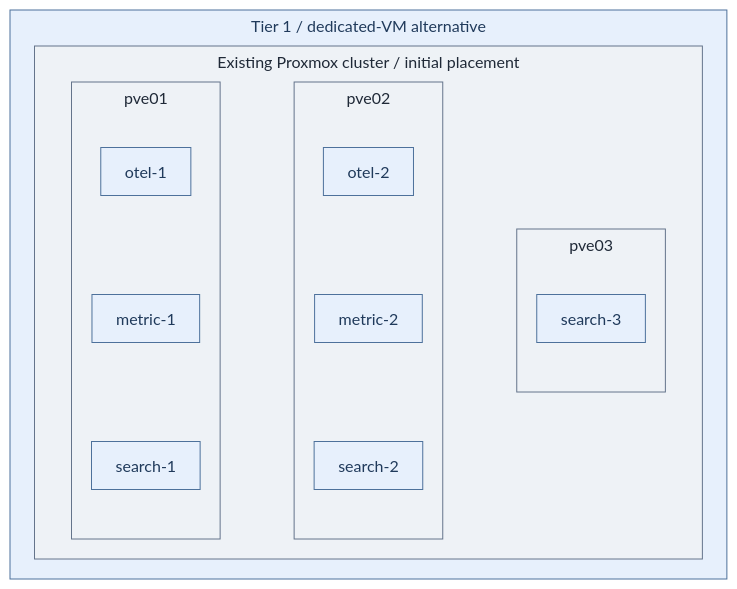
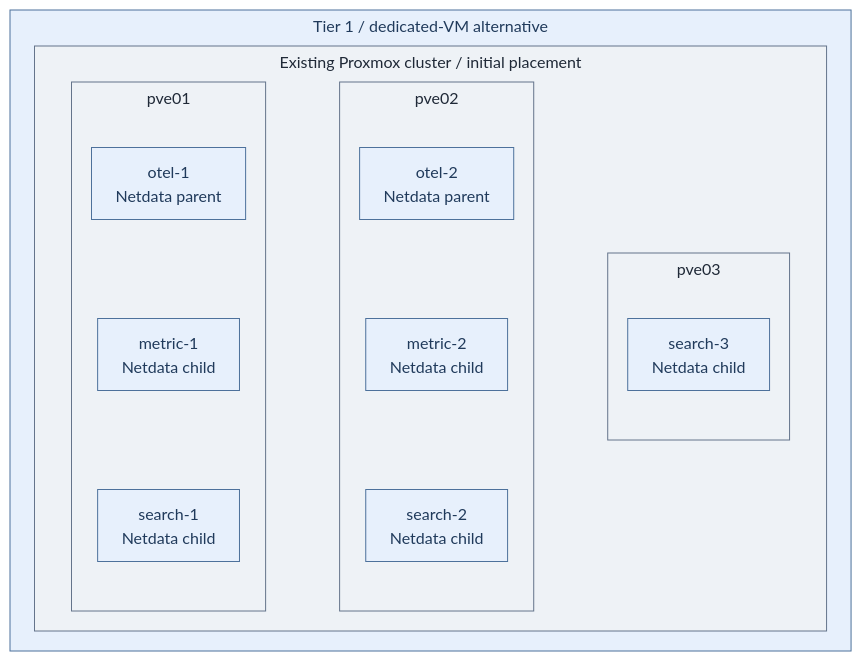
The diagram in docs/03-deployment/stage-8-observability/step-1b-dedicated-vms.md (Rexus/homelab), drawn with Mermaid before and after one commit. The commit also changed other lines of this file and 720 other files, not shown here.

````diff
--- a/docs/03-deployment/stage-8-observability/step-1b-dedicated-vms.md
+++ b/docs/03-deployment/stage-8-observability/step-1b-dedicated-vms.md
@@ -26,32 +34,32 @@
 ```mermaid
 %%{init: {"theme":"base","flowchart":{"nodeSpacing":20,"rankSpacing":24,"padding":12,"subGraphTitleMargin":{"top":4,"bottom":12}},"themeVariables":{"lineColor":"#627581","edgeLabelBackground":"#f8fafc"}}}%%
 flowchart TB
   subgraph T1["Tier 1 / dedicated-VM alternative"]
     subgraph PVE["Existing Proxmox cluster / initial placement"]
       direction LR
       subgraph A["pve01"]
         direction TB
-        O1["otel-1"]
-        M1["metric-1"]
-        S1["search-1"]
+        O1["otel-1<br/>Netdata parent"]
+        M1["metric-1<br/>Netdata child"]
+        S1["search-1<br/>Netdata child"]
         O1 ~~~ M1 ~~~ S1
       end
       subgraph B["pve02"]
         direction TB
-        O2["otel-2"]
-        M2["metric-2"]
-        S2["search-2"]
+        O2["otel-2<br/>Netdata parent"]
+        M2["metric-2<br/>Netdata child"]
+        S2["search-2<br/>Netdata child"]
         O2 ~~~ M2 ~~~ S2
       end
       subgraph C["pve03"]
-        S3["search-3"]
+        S3["search-3<br/>Netdata child"]
       end
       A ~~~ B ~~~ C
     end
   end
   classDef default fill:#f8fafc,stroke:#64748b,color:#1f2937
   classDef services fill:#e7f0fc,stroke:#4d719b,color:#203a5b
   classDef boundary fill:#eef2f6,stroke:#64748b,color:#1f2937
   class T1,O1,O2,M1,M2,S1,S2,S3 services
   class PVE,A,B,C boundary
 ```
````
